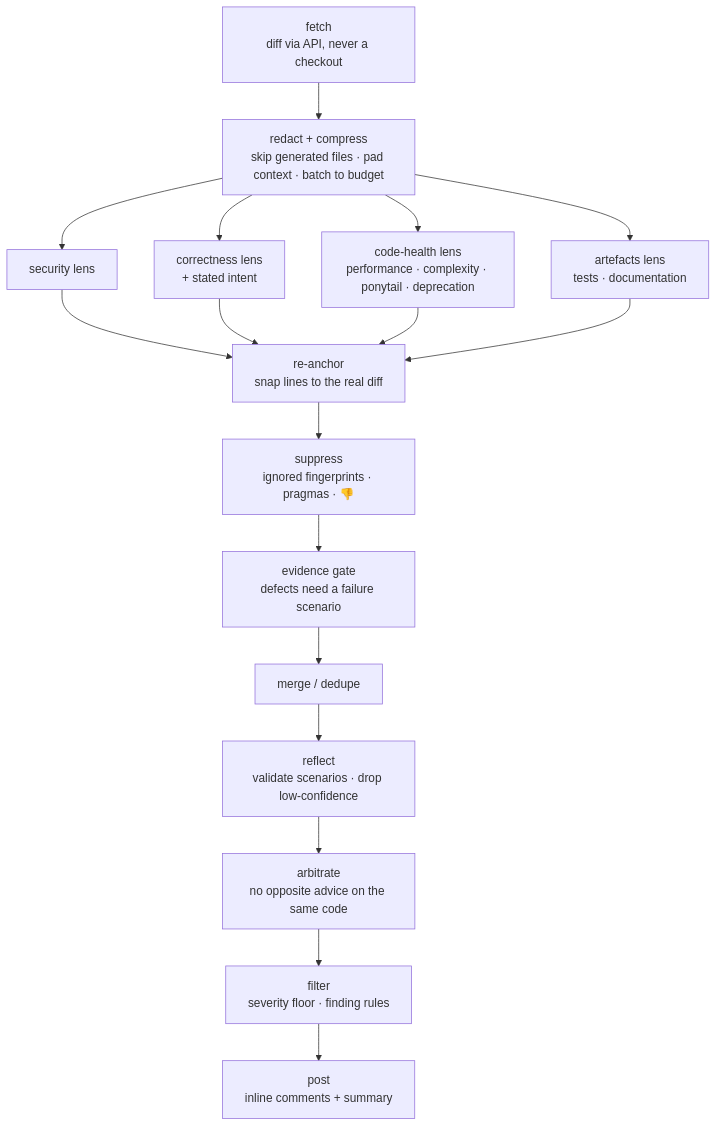
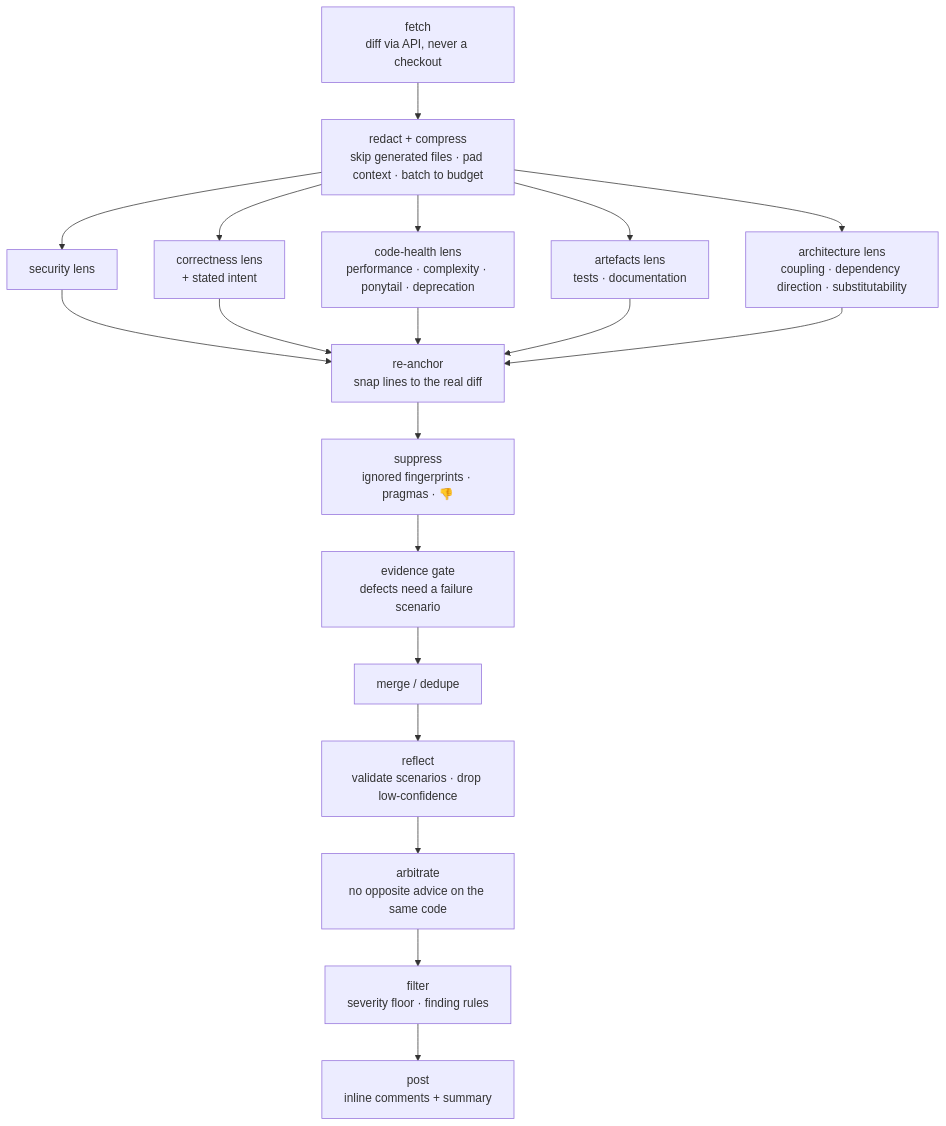
Before and after one commit to MattJColes/lgtmaybe: the second of 2 diagrams in docs/explanation/architecture.md, drawn with Mermaid. The commit also changed other lines of this file and 45 other files, not shown here.

First line of the commit message:
feat(engine): add architecture review lens

````diff
--- a/docs/explanation/architecture.md
+++ b/docs/explanation/architecture.md
@@ -150,13 +150,15 @@
 ```mermaid
 flowchart TD
     fetch["fetch<br/>diff via API, never a checkout"] --> compress["redact + compress<br/>skip generated files · pad context · batch to budget"]
     compress --> security["security lens"]
     compress --> correctness["correctness lens<br/>+ stated intent"]
     compress --> codehealth["code-health lens<br/>performance · complexity · ponytail · deprecation"]
     compress --> artefacts["artefacts lens<br/>tests · documentation"]
+    compress --> design["architecture lens<br/>coupling · dependency direction · substitutability"]
     security --> anchor["re-anchor<br/>snap lines to the real diff"]
     correctness --> anchor
     codehealth --> anchor
     artefacts --> anchor
+    design --> anchor
     anchor --> suppress["suppress<br/>ignored fingerprints · pragmas · 👎"] --> evidence["evidence gate<br/>defects need a failure scenario"] --> dedupe["merge / dedupe"] --> reflect["reflect<br/>validate scenarios · drop low-confidence"] --> arbitrate["arbitrate<br/>no opposite advice on the same code"] --> filter["filter<br/>severity floor · finding rules"] --> post["post<br/>inline comments + summary"]
 ```
````
